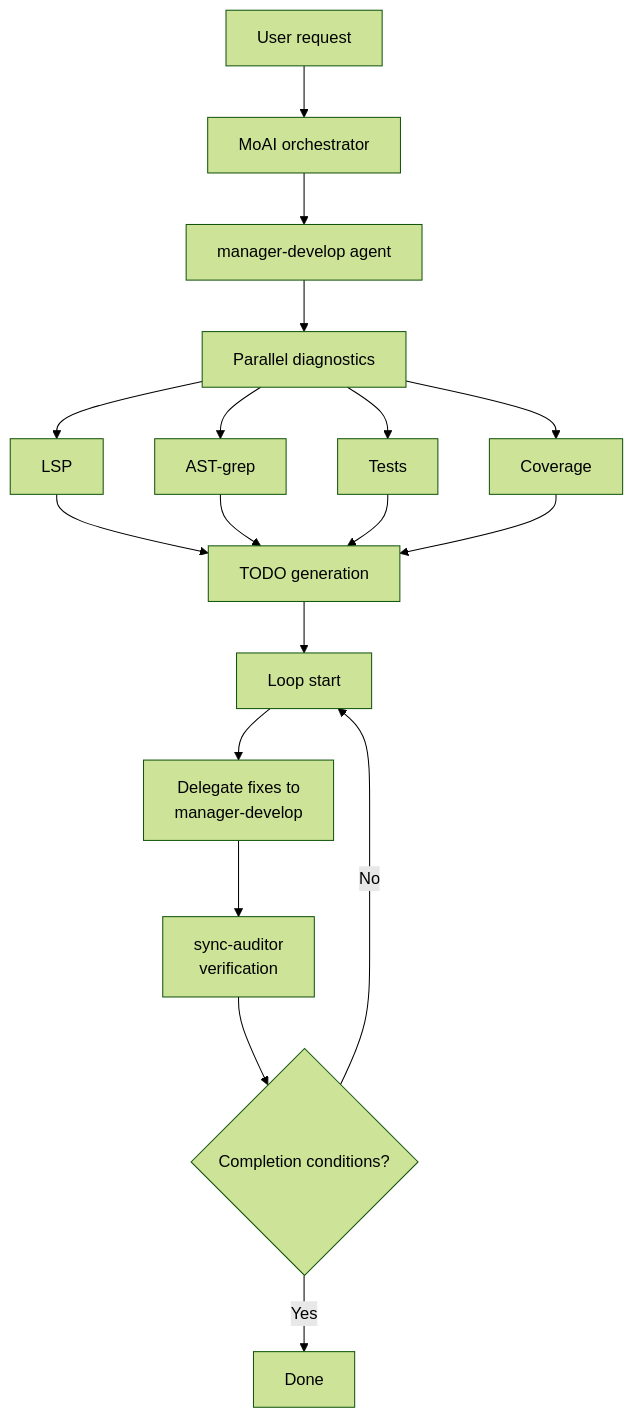
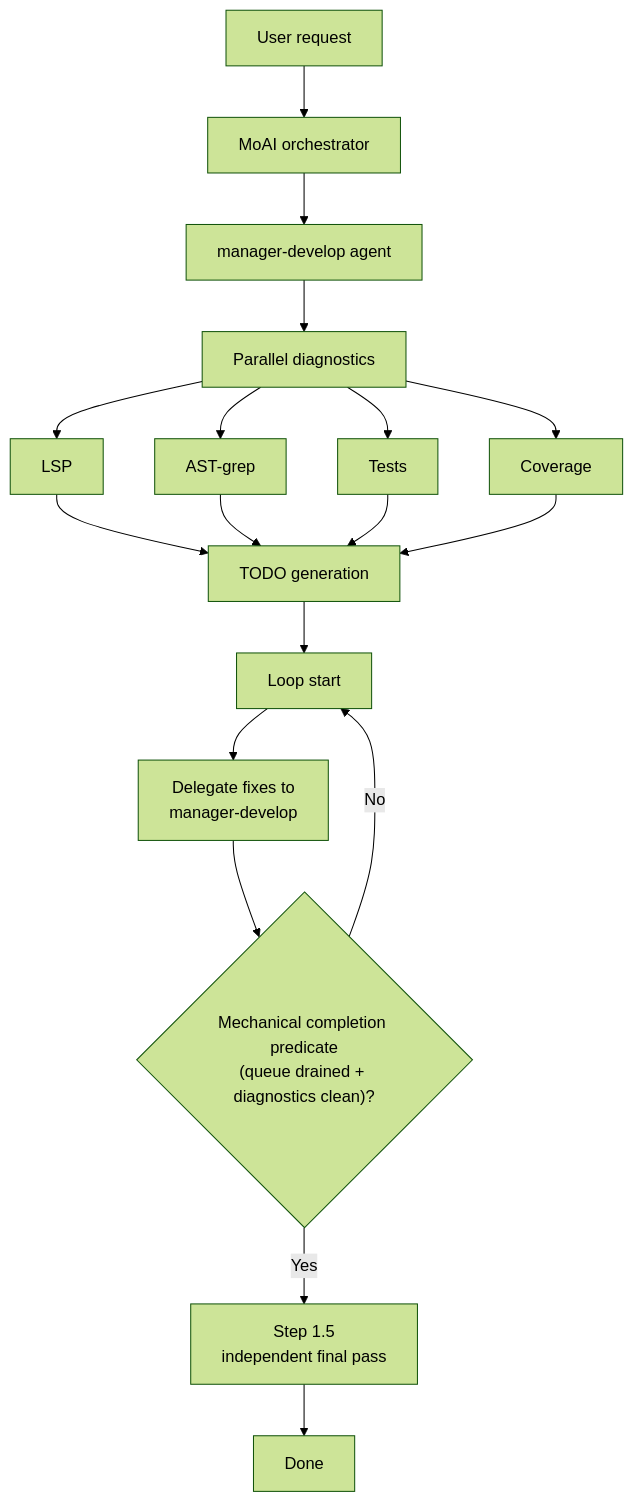
One commit to modu-ai/moai-adk changed the fourth of 4 diagrams in docs-site/content/en/utility-commands/moai-loop.md. Above: the diagram before and after it, drawn with Mermaid (forest theme). The commit also changed other lines of this file and 42 other files, not shown here.

````diff
--- a/docs-site/content/en/utility-commands/moai-loop.md
+++ b/docs-site/content/en/utility-commands/moai-loop.md
@@ -235,25 +235,24 @@
 ```mermaid
 flowchart TD
     User["User request"] --> Orchestrator["MoAI orchestrator"]
     Orchestrator --> ManagerDDD["manager-develop agent"]
 
     ManagerDDD --> Diagnose["Parallel diagnostics"]
     Diagnose --> LSP["LSP"]
     Diagnose --> AST["AST-grep"]
     Diagnose --> Test["Tests"]
     Diagnose --> Cov["Coverage"]
 
     LSP --> Todo["TODO generation"]
     AST --> Todo
     Test --> Todo
     Cov --> Todo
 
     Todo --> Loop["Loop start"]
 
     Loop --> Fix["Delegate fixes to<br/>manager-develop"]
-    Fix --> Verify["sync-auditor<br/>verification"]
-
-    Verify --> Complete{"Completion conditions?"}
-    Complete -->|No| Loop
-    Complete -->|Yes| Done["Done"]
+    Fix --> Predicate{"Mechanical completion predicate<br/>(queue drained + diagnostics clean)?"}
+    Predicate -->|No| Loop
+    Predicate -->|Yes| FinalPass["Step 1.5<br/>independent final pass"]
+    FinalPass --> Done["Done"]
 ```
````
